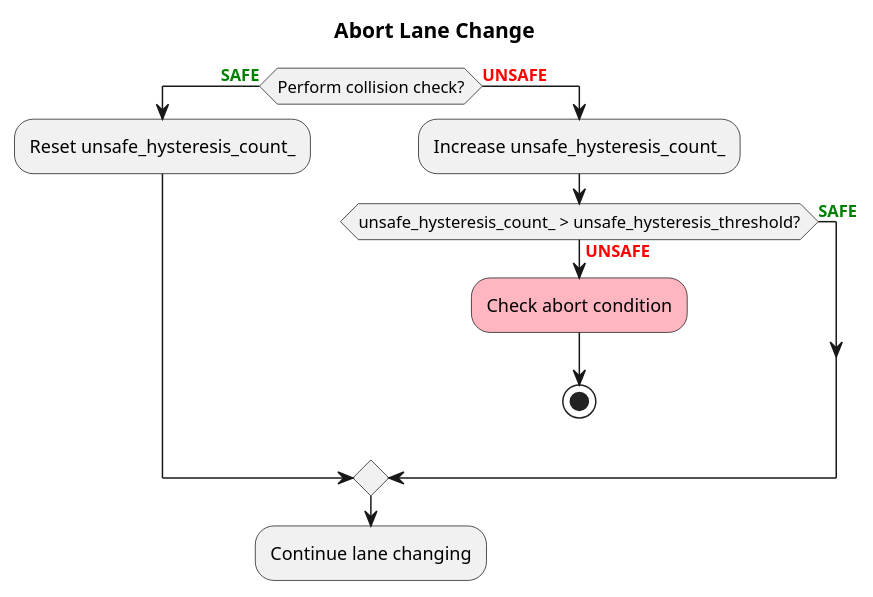
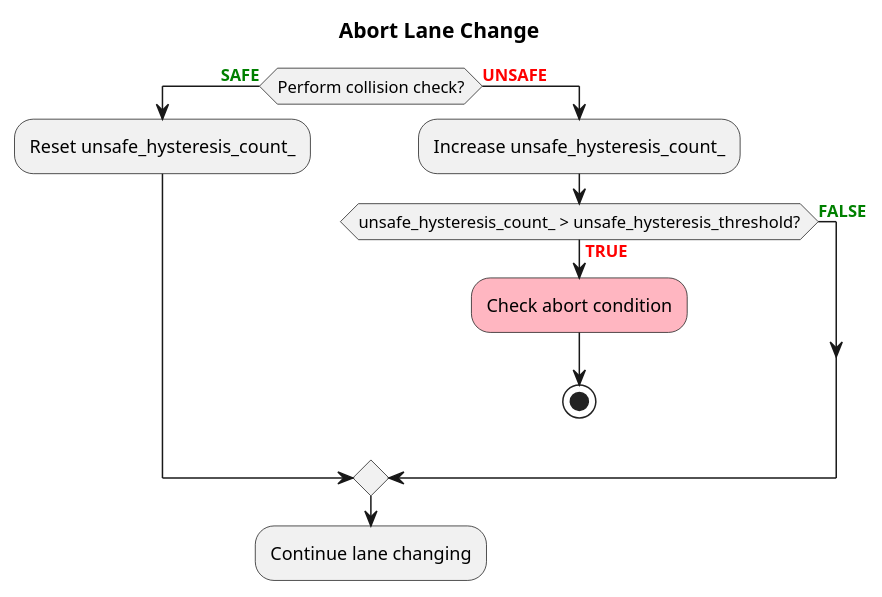
The third of 3 diagrams in planning/behavior_path_lane_change_module/README.md (autowarefoundation/autoware.universe), drawn with PlantUML before and after one commit.

Commit message:
fix the explanation of the hysteresis count

````diff
--- a/planning/behavior_path_lane_change_module/README.md
+++ b/planning/behavior_path_lane_change_module/README.md
@@ -289,20 +289,20 @@
 ```plantuml
 @startuml
 skinparam defaultTextAlignment center
 skinparam backgroundColor #WHITE
 
 title Abort Lane Change
 
 if (Perform collision check?) then (<color:green><b>SAFE</b></color>)
   :Reset unsafe_hysteresis_count_;
 else (<color:red><b>UNSAFE</b></color>)
   :Increase unsafe_hysteresis_count_;
-  if (unsafe_hysteresis_count_ > unsafe_hysteresis_threshold?) then (<color:green><b>SAFE</b></color>)
-  else (<color:red><b>UNSAFE</b></color>)
+  if (unsafe_hysteresis_count_ > unsafe_hysteresis_threshold?) then (<color:green><b>FALSE</b></color>)
+  else (<color:red><b>TRUE</b></color>)
     #LightPink:Check abort condition;
     stop
   endif
 endif
 :Continue lane changing;
 @enduml
 ```
````
